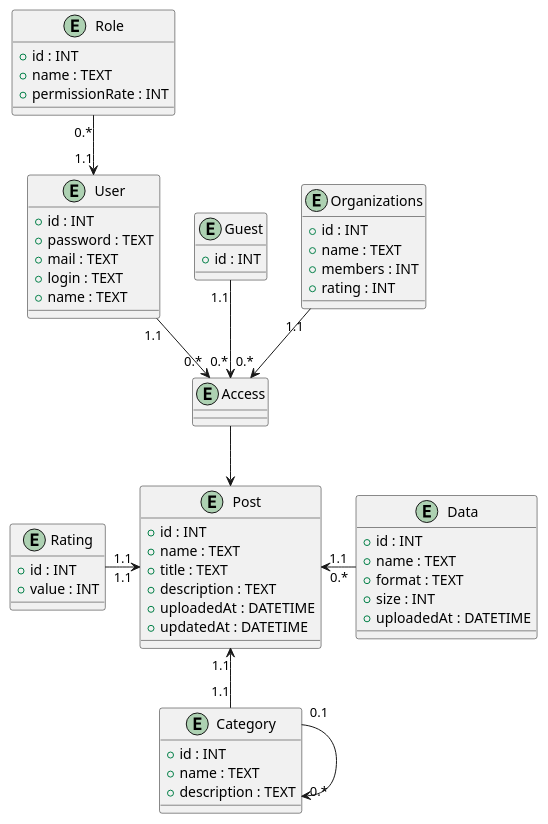
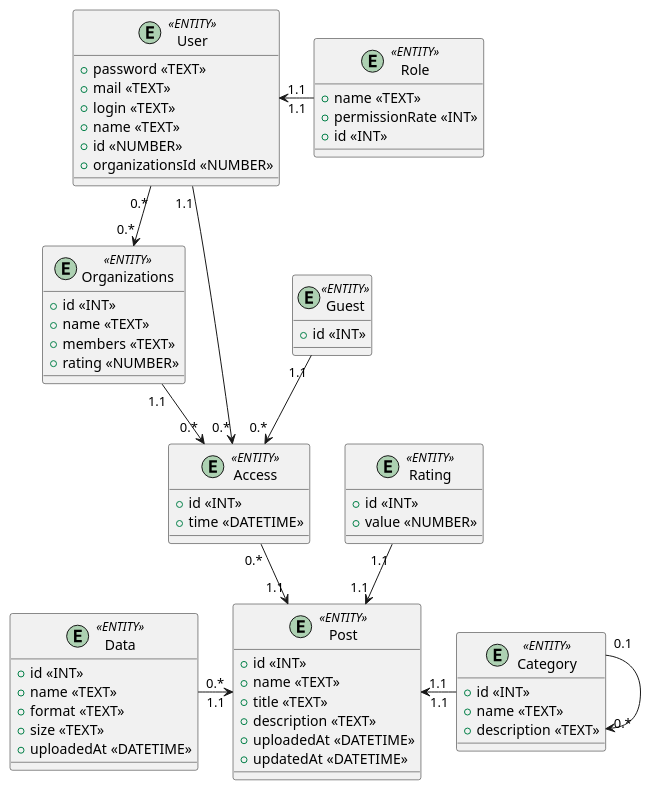
The second of 2 diagrams in docs/design/README.md (notnuff/edu_db_labs-IM-21), drawn with PlantUML before and after one commit.

Commit message:
Update ER-model

```diff
--- a/docs/design/README.md
+++ b/docs/design/README.md
@@ -117,72 +117,73 @@
 @startuml
 
-entity User {
-  + id : INT
-  + password : TEXT
-  + mail : TEXT
-  + login : TEXT
-  + name : TEXT
+entity "User" <<ENTITY>>  {
+  + password <<TEXT>> 
+  + mail <<TEXT>> 
+  + login <<TEXT>> 
+  + name <<TEXT>> 
+  + id <<NUMBER>> 
+  + organizationsId <<NUMBER>> 
 }
 
-entity Role {
-  + id : INT
-  + name : TEXT
-  + permissionRate : INT
+entity "Role" <<ENTITY>>  {
+  + name <<TEXT>> 
+  + permissionRate <<INT>> 
+  + id <<INT>> 
 }
 
-entity Guest {
-  + id : INT
+entity "Guest" <<ENTITY>>  {
+  + id <<INT>> 
 }
 
-entity Organizations  {
-  + id : INT
-  + name : TEXT
-  + members : INT
-  + rating : INT
+
+entity "Organizations" <<ENTITY>>  {
+  + id <<INT>> 
+  + name <<TEXT>> 
+  + members <<TEXT>> 
+  + rating <<NUMBER>> 
 }
 
-entity Access {
+entity "Access" <<ENTITY>>  {
+  + id <<INT>> 
+  + time <<DATETIME>> 
+}
+entity "Post" <<ENTITY>>  {
+  + id <<INT>> 
+  + name <<TEXT>> 
+  + title <<TEXT>> 
+  + description <<TEXT>> 
+  + uploadedAt <<DATETIME>> 
+  + updatedAt <<DATETIME>> 
+}
+entity "Data" <<ENTITY>>  {
+  + id <<INT>> 
+  + name <<TEXT>> 
+  + format <<TEXT>> 
+  + size <<TEXT>> 
+  + uploadedAt <<DATETIME>> 
 }
 
-entity Post {
-  + id : INT
-  + name : TEXT
-  + title : TEXT
-  + description : TEXT
-  + uploadedAt : DATETIME
-  + updatedAt : DATETIME
+
+entity "Category" <<ENTITY>>  {
+  + id <<INT>> 
+  + name <<TEXT>> 
+  + description <<TEXT>> 
 }
 
-entity Data {
-  + id : INT
-  + name : TEXT
-  + format : TEXT
-  + size : INT
-  + uploadedAt : DATETIME
+entity "Rating" <<ENTITY>>  {
+  + id <<INT>> 
+  + value <<NUMBER>> 
 }
 
-entity Category {
-  + id : INT
-  + name : TEXT
-  + description : TEXT
-}
-
-entity Rating {
-  + id : INT
-  + value : INT
-}
-
-User "1.1" --> "0.*" Access
-Guest "1.1" --> "0.*" Access
-Organizations "1.1" --> "0.*" Access
-
-Role "0.*" --> "1.1" User
-
-Access --> Post
-Data "0.*" -l-> "1.1" Post
-Rating "1.1" -r-> "1.1" Post
-
-Category "1.1" -u-> "1.1" Post
-Category "0.1" --> "0.*" Category
+Role "1.1"-l->"1.1" User
+User "0.*"-->"0.*" Organizations
+User "1.1"-d->"0.*" Access
+Organizations "1.1"-d->"0.*" Access
+Guest "1.1"-d->"0.*" Access
+Access "0.*"-d->"1.1" Post
+Category "1.1"-l->"1.1" Post
+Category "0.1"-r->"0.*" Category
+Rating "1.1"-d->"1.1" Post
+Data "0.*"-r->"1.1" Post
 
 @enduml
```
